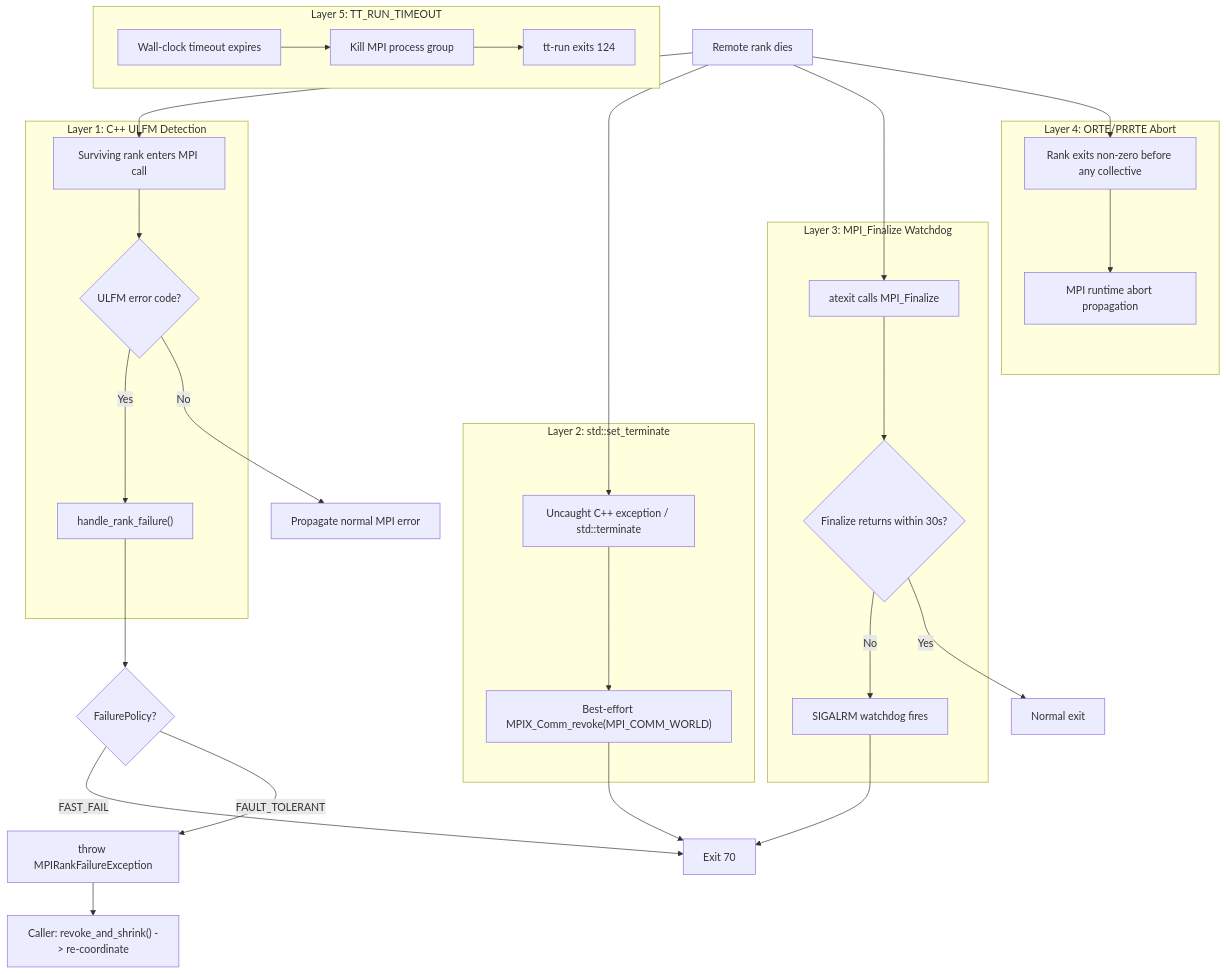
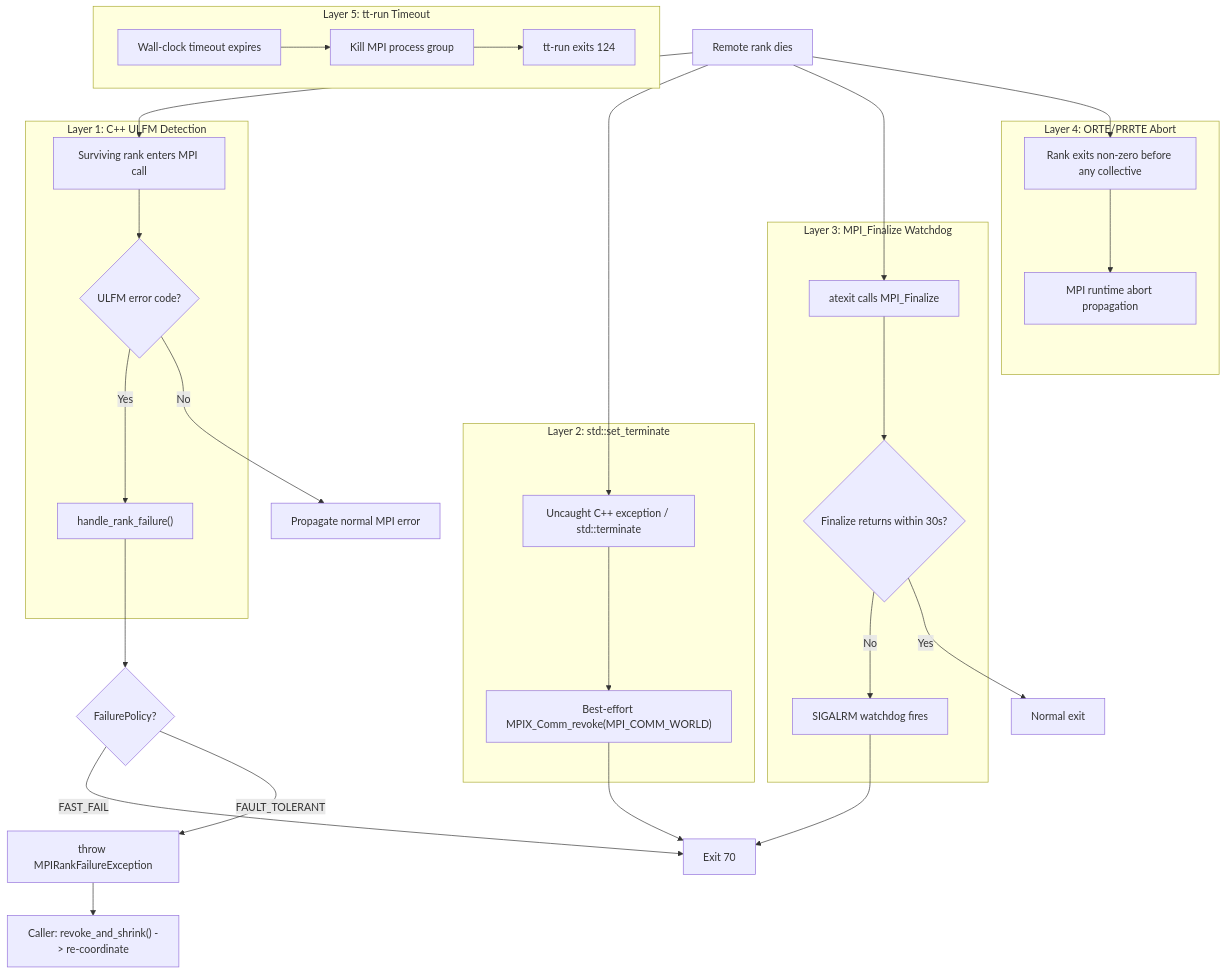
Before and after one commit to tenstorrent/tt-metal: the first of 2 diagrams in ttnn/ttnn/distributed/ULFM.md, drawn with Mermaid. The commit also changed other lines of this file and 3 other files, not shown here.

````diff
--- a/ttnn/ttnn/distributed/ULFM.md
+++ b/ttnn/ttnn/distributed/ULFM.md
@@ -18,53 +29,53 @@
 ```mermaid
 flowchart TD
     rankFail["Remote rank dies"]
 
     subgraph layer1 [Layer 1: C++ ULFM Detection]
         mpiCall["Surviving rank enters MPI call"]
         ulfmCheck{"ULFM error code?"}
         handleFailure["handle_rank_failure()"]
     end
 
     subgraph layer2 [Layer 2: std::set_terminate]
         uncaughtExc["Uncaught C++ exception / std::terminate"]
         revokeWorld["Best-effort MPIX_Comm_revoke(MPI_COMM_WORLD)"]
     end
 
     subgraph layer3 [Layer 3: MPI_Finalize Watchdog]
         atexitFinalize["atexit calls MPI_Finalize"]
         alarmFires{"Finalize returns within 30s?"}
         sigalrm["SIGALRM watchdog fires"]
     end
 
     subgraph layer4 [Layer 4: ORTE/PRRTE Abort]
         nonZeroExit["Rank exits non-zero before any collective"]
         runtimeAbort["MPI runtime abort propagation"]
     end
 
-    subgraph layer5 [Layer 5: TT_RUN_TIMEOUT]
+    subgraph layer5 [Layer 5: tt-run Timeout]
         wallClock["Wall-clock timeout expires"]
         sigkill["Kill MPI process group"]
         timeoutExit["tt-run exits 124"]
     end
 
     policyCheck{"FailurePolicy?"}
     fastFail["Exit 70"]
     throwExc["throw MPIRankFailureException"]
     recovery["Caller: revoke_and_shrink() -> re-coordinate"]
 
     rankFail --> mpiCall
     mpiCall --> ulfmCheck
     ulfmCheck -->|Yes| handleFailure
     ulfmCheck -->|No| normalError["Propagate normal MPI error"]
     handleFailure --> policyCheck
     policyCheck -->|FAST_FAIL| fastFail
     policyCheck -->|FAULT_TOLERANT| throwExc
     throwExc --> recovery
 
     rankFail --> uncaughtExc --> revokeWorld --> fastFail
     rankFail --> atexitFinalize --> alarmFires
     alarmFires -->|No| sigalrm --> fastFail
     alarmFires -->|Yes| cleanExit["Normal exit"]
     rankFail --> nonZeroExit --> runtimeAbort
     wallClock --> sigkill --> timeoutExit
 ```
````
